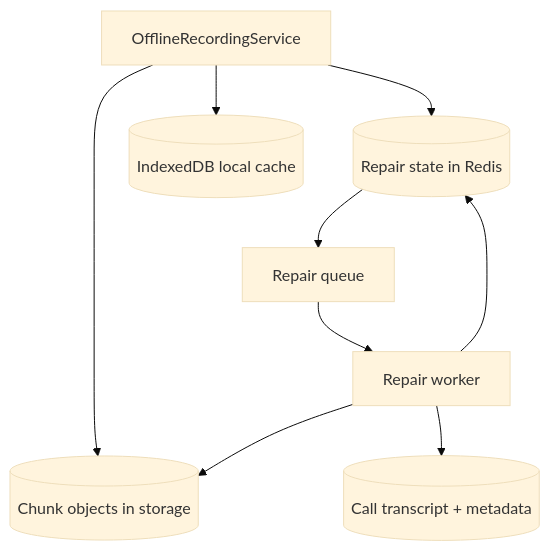
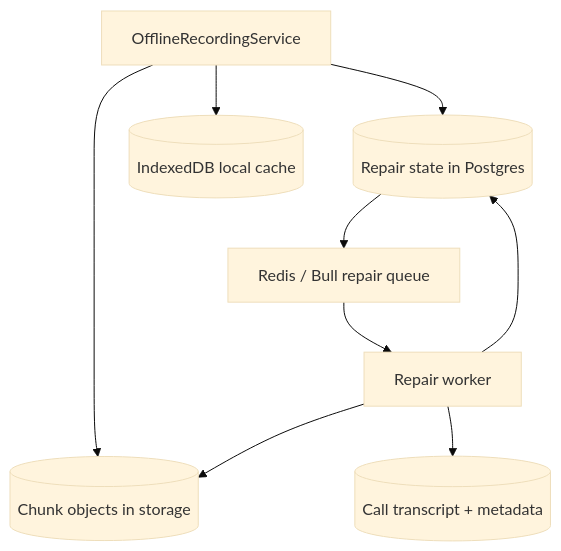
One commit to juspay/xyne-spaces changed the second of 4 diagrams in docs/local-recording-fallback-vs-main.md. Above: the diagram before and after it, drawn with Mermaid (base theme). The commit also changed other lines of this file and 22 other files, not shown here.

````diff
--- a/docs/local-recording-fallback-vs-main.md
+++ b/docs/local-recording-fallback-vs-main.md
@@ -87,12 +87,12 @@
 ```mermaid
 flowchart TD
-    FE[OfflineRecordingService] --> REDIS[(Repair state in Redis)]
+    FE[OfflineRecordingService] --> DB[(Repair state in Postgres)]
     FE --> GCS[(Chunk objects in storage)]
     FE --> IDX[(IndexedDB local cache)]
 
-    REDIS --> Q[Repair queue]
+    DB --> Q[Redis / Bull repair queue]
     Q --> WK[Repair worker]
-    WK --> REDIS
+    WK --> DB
     WK --> GCS
     WK --> CALL[(Call transcript + metadata)]
 ```
````
